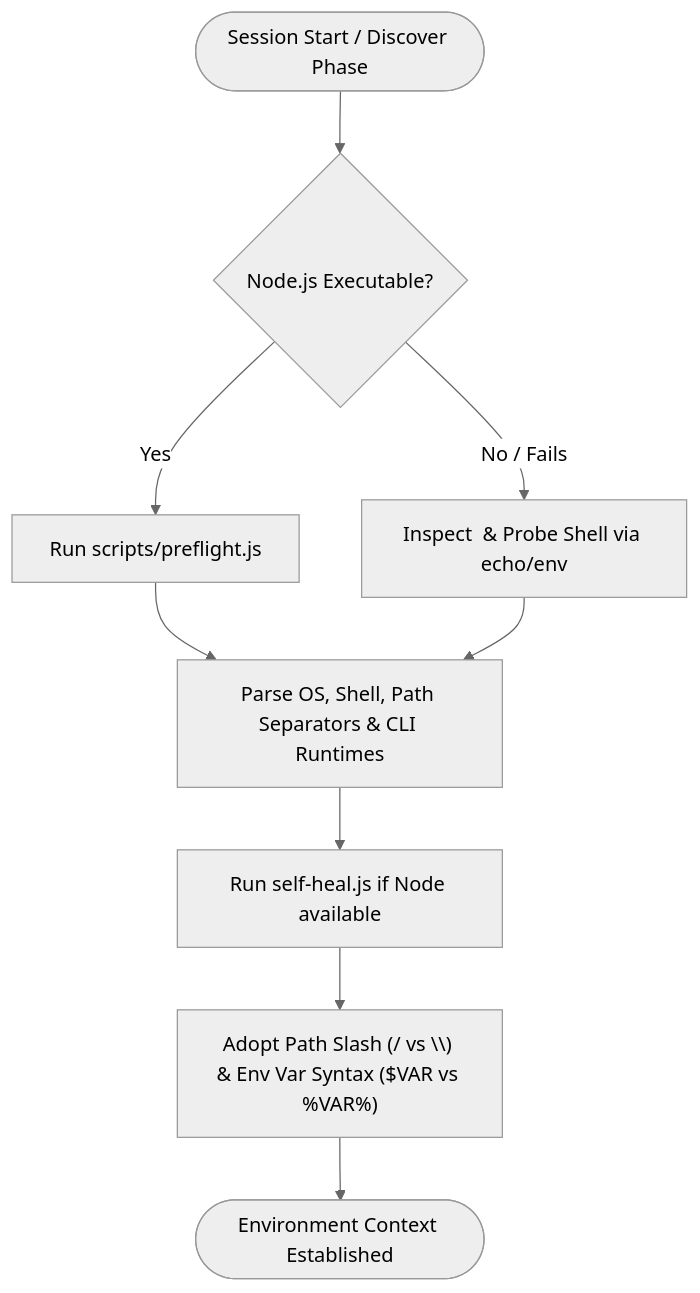
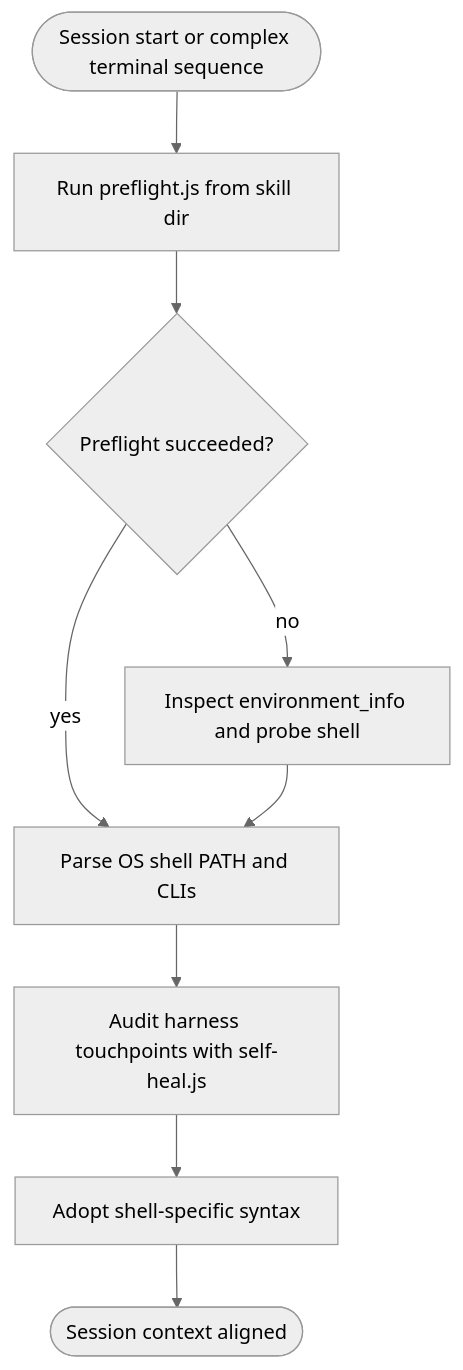
The first of 4 diagrams in docs/workflows/environment-detection.md (dyphn1/Harness-everything), drawn with Mermaid (neutral theme) before and after one commit. The commit also changed other lines of this file and 16 other files, not shown here.

````diff
--- a/docs/workflows/environment-detection.md
+++ b/docs/workflows/environment-detection.md
@@ -11,13 +9,11 @@
 ```mermaid
 graph TD
-  Start([Session Start / Discover Phase]) --> CheckNode{Node.js Executable?}
-  CheckNode -->|Yes| RunPreflight["Run scripts/preflight.js"]
-  CheckNode -->|No / Fails| Heuristic["Inspect <environment_info> & Probe Shell via echo/env"]
-  
-  RunPreflight --> ParseOutput["Parse OS, Shell, Path Separators & CLI Runtimes"]
-  Heuristic --> ParseOutput
-  
-  ParseOutput --> SelfHeal["Run self-heal.js if Node available"]
-  SelfHeal --> AlignSyntax["Adopt Path Slash (/ vs \\) & Env Var Syntax ($VAR vs %VAR%)"]
-  AlignSyntax --> End([Environment Context Established])
+  SessionStart([Session start or complex terminal sequence]) --> Preflight[Run preflight.js from skill dir]
+  Preflight --> PreflightOk{Preflight succeeded?}
+  PreflightOk -->|yes| ParseOut[Parse OS shell PATH and CLIs]
+  PreflightOk -->|no| FallbackProbe[Inspect environment_info and probe shell]
+  FallbackProbe --> ParseOut
+  ParseOut --> SelfHealAudit[Audit harness touchpoints with self-heal.js]
+  SelfHealAudit --> AdoptSyntax[Adopt shell-specific syntax]
+  AdoptSyntax --> DoneCtx([Session context aligned])
 ```
````
